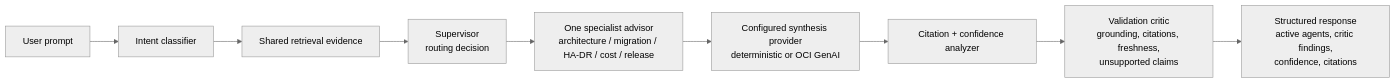
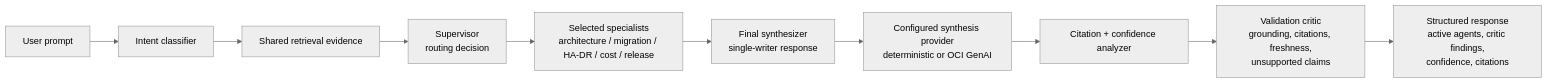
The sixth of 6 diagrams in docs/architecture-diagrams.md (BfShaik/OCI-Architecture-Studio), drawn with Mermaid (neutral theme) before and after one commit. The commit also changed other lines of this file and 22 other files, not shown here.

````diff
--- a/docs/architecture-diagrams.md
+++ b/docs/architecture-diagrams.md
@@ -210,14 +210,15 @@
 ```mermaid
 flowchart LR
   Prompt["User prompt"]
   Classifier["Intent classifier"]
   Evidence["Shared retrieval evidence"]
   Supervisor["Supervisor\nrouting decision"]
-  Specialist["One specialist advisor\narchitecture / migration / HA-DR / cost / release"]
+  Specialists["Selected specialists\narchitecture / migration / HA-DR / cost / release"]
+  Aggregator["Final synthesizer\nsingle-writer response"]
   Synth["Configured synthesis provider\ndeterministic or OCI GenAI"]
   Quality["Citation + confidence analyzer"]
   Critic["Validation critic\ngrounding, citations, freshness,\nunsupported claims"]
   Response["Structured response\nactive agents, critic findings,\nconfidence, citations"]
 
-  Prompt --> Classifier --> Evidence --> Supervisor --> Specialist --> Synth --> Quality --> Critic --> Response
+  Prompt --> Classifier --> Evidence --> Supervisor --> Specialists --> Aggregator --> Synth --> Quality --> Critic --> Response
 ```
````
